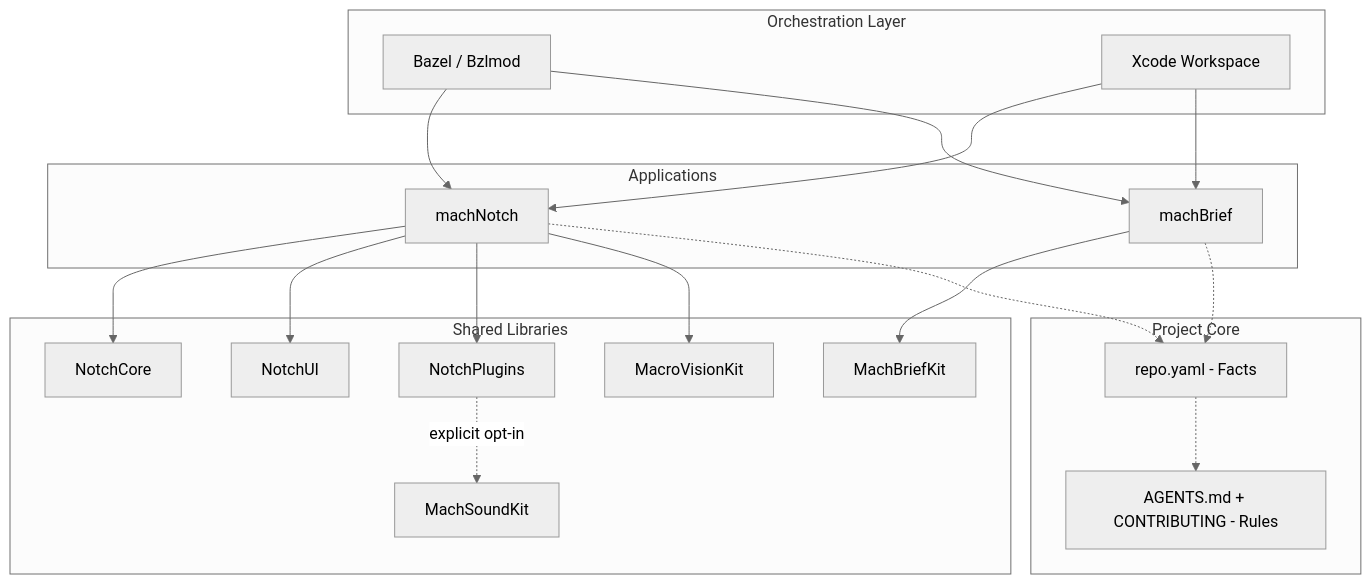
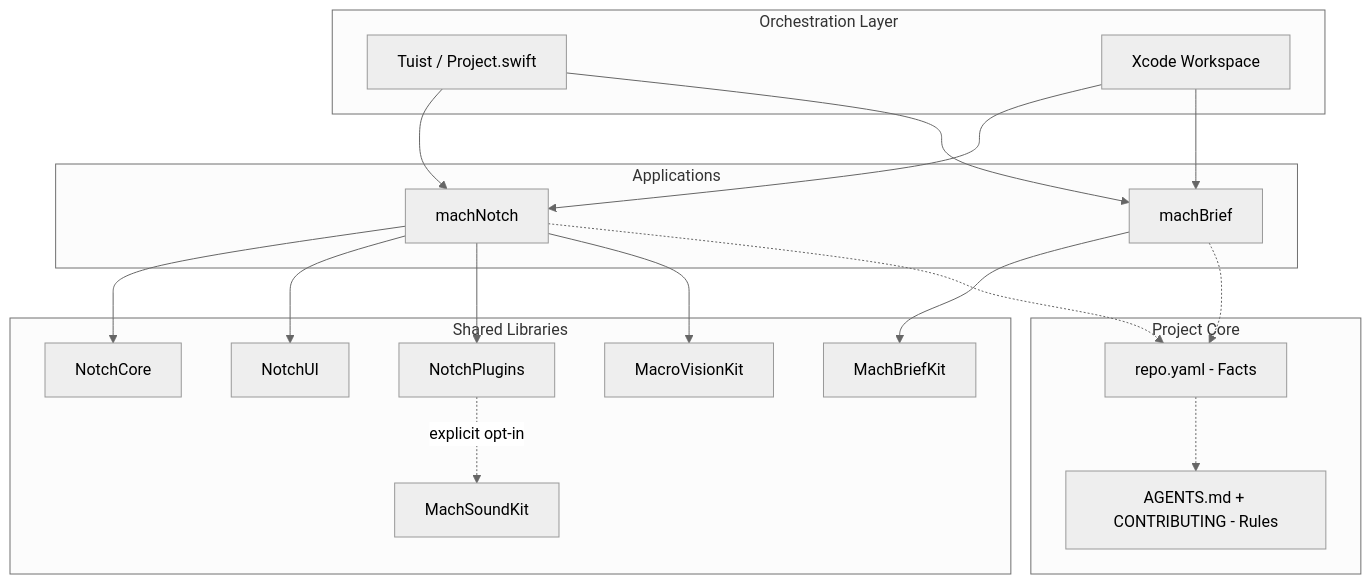
Before and after one commit to larsboes/mach-mono: the second of 4 diagrams in Architecture.md, drawn with Mermaid (neutral theme). The commit also changed other lines of this file and 106 other files, not shown here.

````diff
--- a/Architecture.md
+++ b/Architecture.md
@@ -43,43 +43,43 @@
 ```mermaid
 graph TD
     subgraph BuildOrchestration [Orchestration Layer]
-        BZ[Bazel / Bzlmod]
+        TU[Tuist / Project.swift]
         XC[Xcode Workspace]
     end
 
     subgraph Apps [Applications]
         MN[machNotch]
         MB[machBrief]
     end
 
     subgraph Packages [Shared Libraries]
         NC[NotchCore]
         NUI[NotchUI]
         NP[NotchPlugins]
         MVK[MacroVisionKit]
         MBK[MachBriefKit]
         MSK[MachSoundKit]
     end
 
     subgraph Core [Project Core]
         RY[repo.yaml - Facts]
         AG[AGENTS.md + CONTRIBUTING - Rules]
     end
 
-    BZ --> MN
-    BZ --> MB
+    TU --> MN
+    TU --> MB
     XC --> MN
     XC --> MB
 
     MN --> NC
     MN --> NUI
     MN --> NP
     MN --> MVK
     MB --> MBK
     NP -. "explicit opt-in" .-> MSK
 
     MN -.-> RY
     MB -.-> RY
     
     RY -.-> AG
 ```
````
